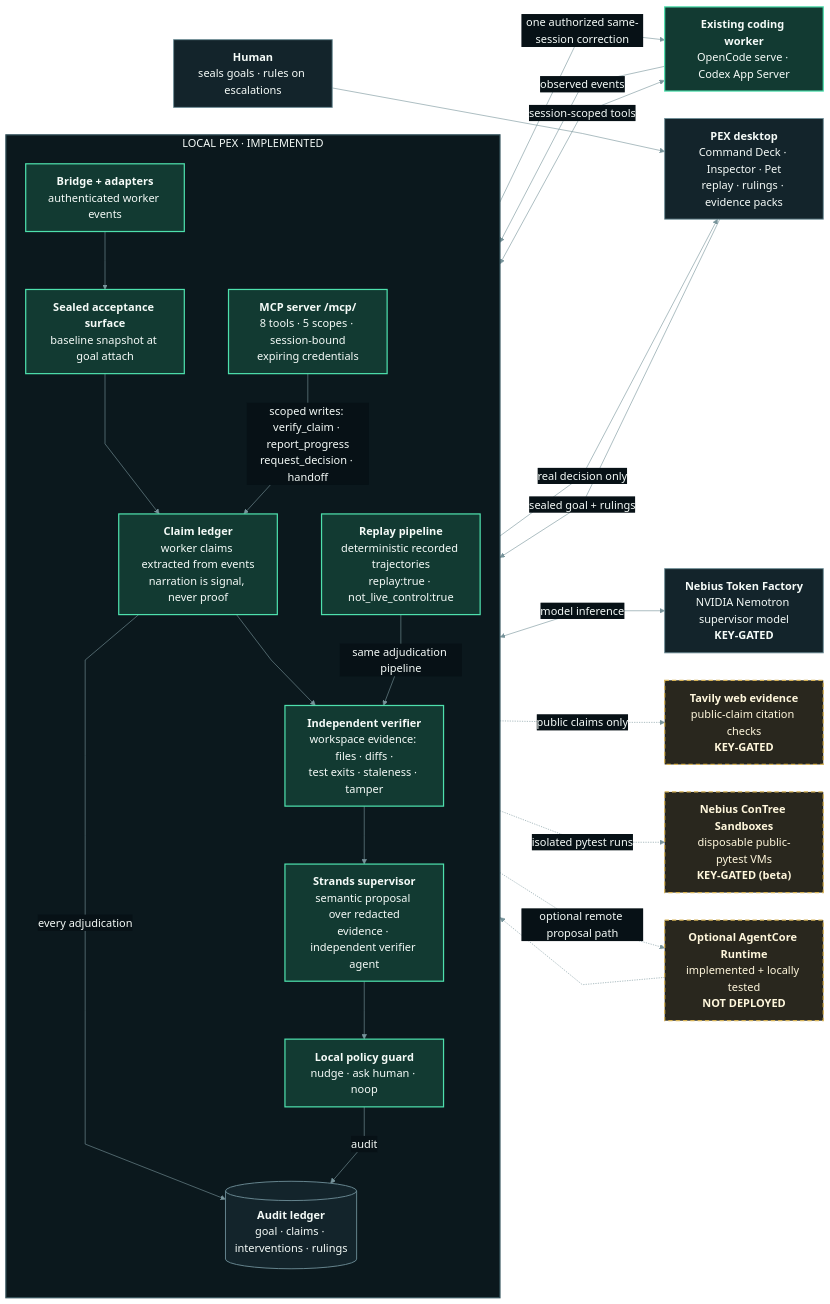
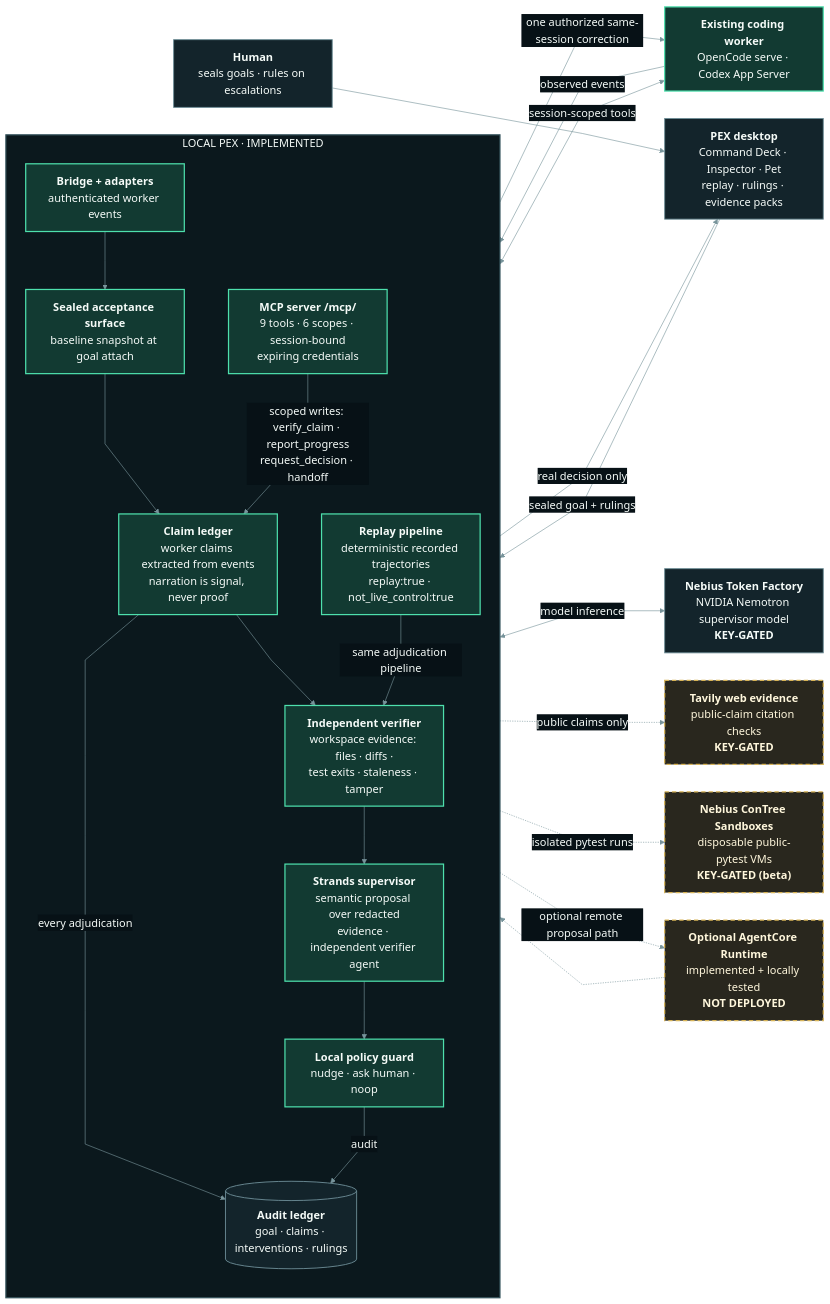
One commit to josepha-mayo/pex changed the diagram in docs/architecture/pex-architecture.mmd. Above: the diagram before and after it, drawn with Mermaid. The commit also changed 17 other files, not shown here.

```diff
--- a/docs/architecture/pex-architecture.mmd
+++ b/docs/architecture/pex-architecture.mmd
@@ -1,48 +1,48 @@
 %%{init: {"theme":"base","themeVariables":{"fontFamily":"Inter, Segoe UI, Arial","fontSize":"18px","primaryTextColor":"#f5fbf8","lineColor":"#78949b","edgeLabelBackground":"#071116","clusterBkg":"#0d1b21","clusterBorder":"#34515a"},"flowchart":{"curve":"linear","nodeSpacing":45,"rankSpacing":70,"htmlLabels":true}}}%%
 flowchart LR
   human["<b>Human</b><br/>seals goals · rules on escalations"]
   ui["<b>PEX desktop</b><br/>Command Deck · Inspector · Pet<br/>replay · rulings · evidence packs"]
   nebius["<b>Nebius Token Factory</b><br/>NVIDIA Nemotron supervisor model<br/><b>KEY-GATED</b>"]
 
   subgraph local["LOCAL PEX · IMPLEMENTED"]
     direction TB
     bridge["<b>Bridge + adapters</b><br/>authenticated worker events"]
     seal["<b>Sealed acceptance surface</b><br/>baseline snapshot at goal attach"]
     claims["<b>Claim ledger</b><br/>worker claims extracted from events<br/>narration is signal, never proof"]
     verifier["<b>Independent verifier</b><br/>workspace evidence: files · diffs ·<br/>test exits · staleness · tamper"]
     supervisor["<b>Strands supervisor</b><br/>semantic proposal over redacted<br/>evidence · independent verifier agent"]
     policy["<b>Local policy guard</b><br/>nudge · ask human · noop"]
     ledger[("<b>Audit ledger</b><br/>goal · claims · interventions · rulings")]
-    mcp["<b>MCP server /mcp/</b><br/>8 tools · 5 scopes · session-bound<br/>expiring credentials"]
+    mcp["<b>MCP server /mcp/</b><br/>9 tools · 6 scopes · session-bound<br/>expiring credentials"]
     replay["<b>Replay pipeline</b><br/>deterministic recorded trajectories<br/>replay:true · not_live_control:true"]
 
     bridge --> seal --> claims --> verifier --> supervisor --> policy
     claims -->|every adjudication| ledger
     policy -->|audit| ledger
     mcp -->|scoped writes: verify_claim · report_progress<br/>request_decision · handoff| claims
     replay -->|same adjudication pipeline| verifier
   end
 
   worker["<b>Existing coding worker</b><br/>OpenCode serve · Codex App Server"]
   agentcore["<b>Optional AgentCore Runtime</b><br/>implemented + locally tested<br/><b>NOT DEPLOYED</b>"]
   contree["<b>Nebius ConTree Sandboxes</b><br/>disposable public-pytest VMs<br/><b>KEY-GATED (beta)</b>"]
   tavily["<b>Tavily web evidence</b><br/>public-claim citation checks<br/><b>KEY-GATED</b>"]
 
   human --> ui -->|sealed goal + rulings| bridge
   worker -->|observed events| bridge
   worker <-->|session-scoped tools| mcp
   policy -->|one authorized same-session correction| worker
   policy -->|real decision only| ui
   supervisor <-->|model inference| nebius
   verifier -.->|public claims only| tavily
   verifier -.->|isolated pytest runs| contree
   bridge -.->|optional remote proposal path| agentcore
   agentcore -.-> supervisor
 
   classDef core fill:#123a32,stroke:#4ee0ad,color:#f5fbf8,stroke-width:2px;
   classDef surface fill:#13242b,stroke:#6d8d96,color:#f5fbf8,stroke-width:1.5px;
   classDef optional fill:#29271e,stroke:#d8b456,color:#fff7dc,stroke-width:2px,stroke-dasharray:7 5;
   class bridge,seal,claims,verifier,supervisor,policy,worker,mcp,replay core;
   class human,ui,nebius,ledger surface;
   class agentcore,contree,tavily optional;
   style local fill:#0b181d,stroke:#35535c,color:#f5fbf8,stroke-width:2px
```
